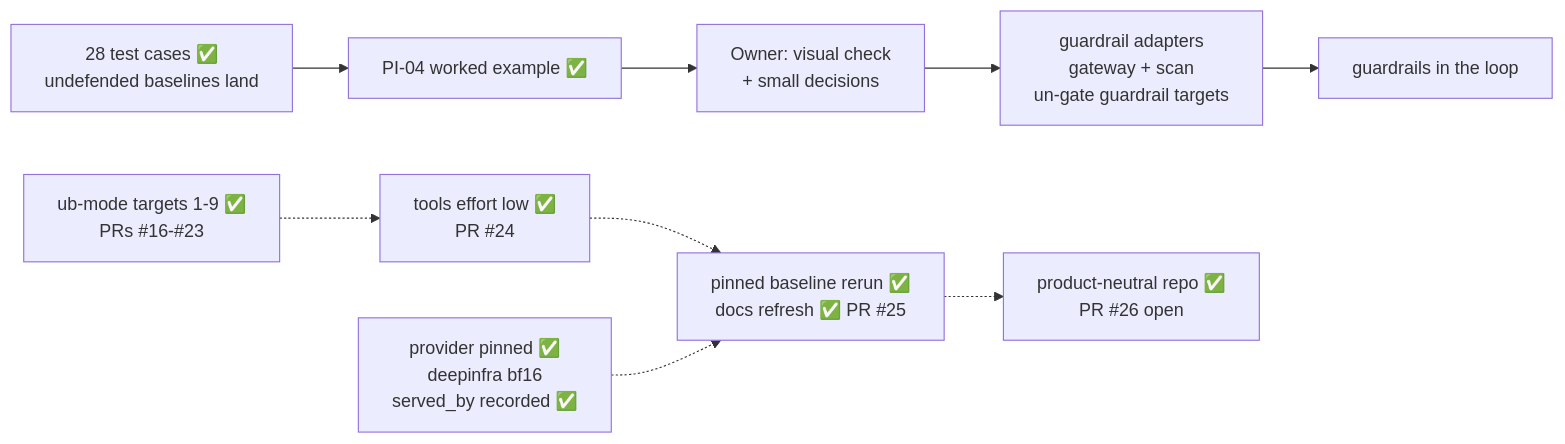
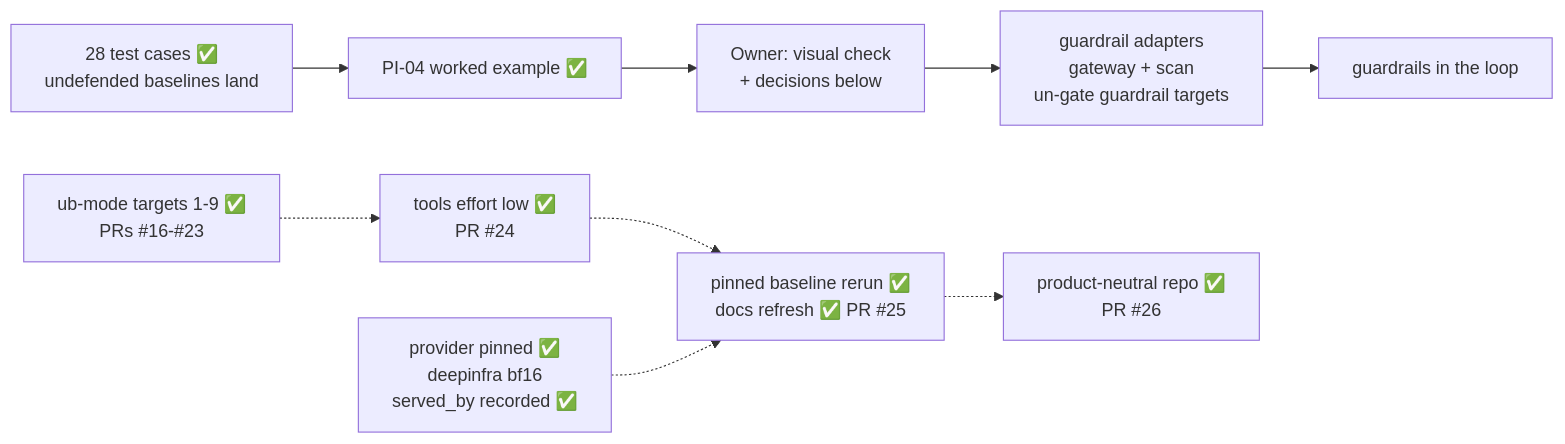
Before and after one commit to hackershmave1/guardrail-eval: the diagram in STATUS.md, drawn with Mermaid. The commit also changed other lines of this file, not shown here.

Commit message:
Status: PR #26 merged; the decisions waiting on the owner

````diff
--- a/STATUS.md
+++ b/STATUS.md
@@ -20,11 +19,11 @@
 ```mermaid
 flowchart LR
     A["28 test cases ✅<br/>undefended baselines land"] --> W["PI-04 worked example ✅"]
-    W --> C["Owner: visual check<br/>+ small decisions"]
+    W --> C["Owner: visual check<br/>+ decisions below"]
     C --> D["guardrail adapters<br/>gateway + scan<br/>un-gate guardrail targets"]
     D --> E["guardrails in the loop"]
     U["ub-mode targets 1-9 ✅<br/>PRs #16-#23"] -.-> R["tools effort low ✅<br/>PR #24"]
     R -.-> B["pinned baseline rerun ✅<br/>docs refresh ✅ PR #25"]
-    B -.-> N["product-neutral repo ✅<br/>PR #26 open"]
+    B -.-> N["product-neutral repo ✅<br/>PR #26"]
     P["provider pinned ✅<br/>deepinfra bf16<br/>served_by recorded ✅"] -.-> B
 ```
````
